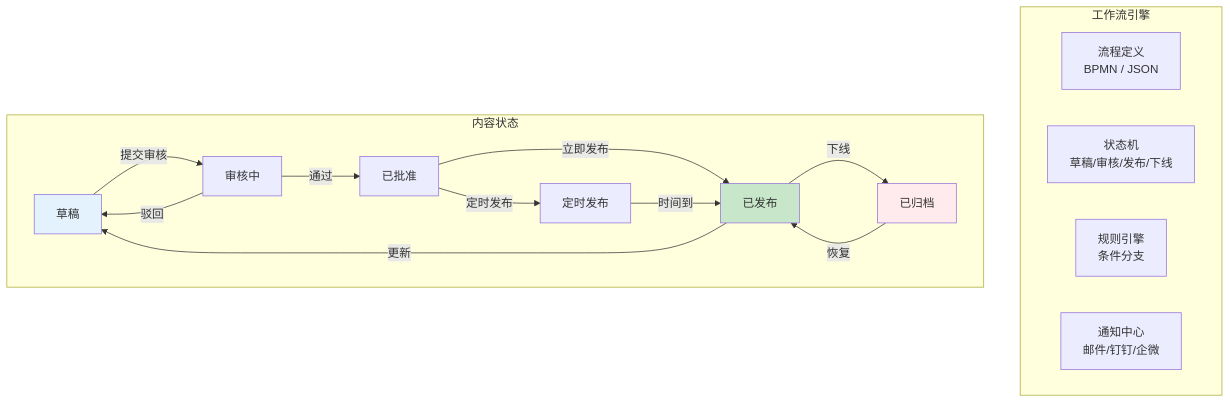
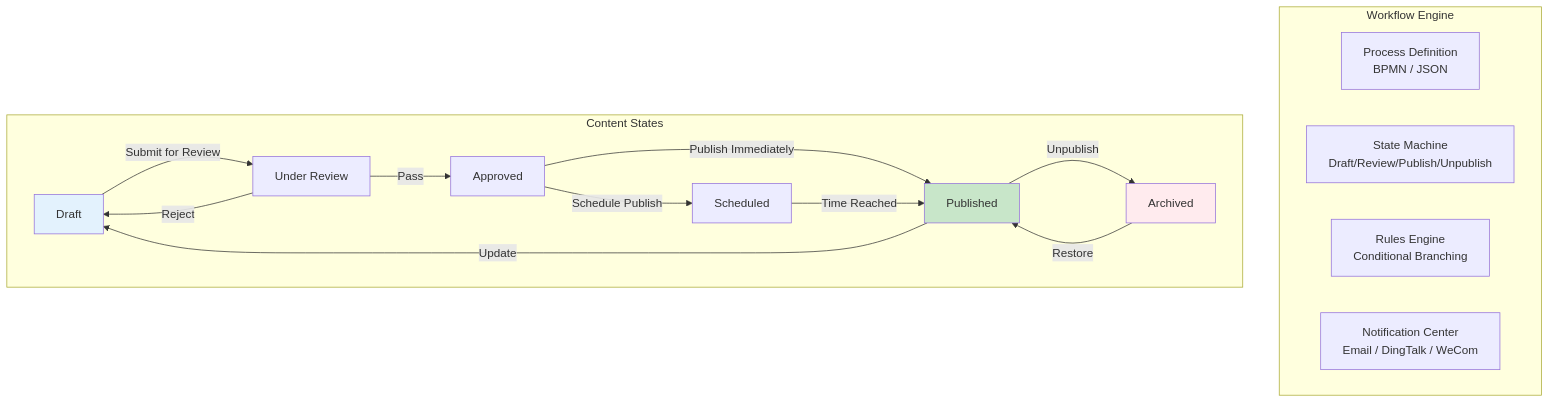
The eighth of 10 diagrams in tree/application/architecture/cms-architecture.md (teaglebuilt/knowledge-tree), drawn with Mermaid before and after one commit. The commit also changed other lines of this file and 8 other files, not shown here.

````diff
--- a/tree/application/architecture/cms-architecture.md
+++ b/tree/application/architecture/cms-architecture.md
@@ -490,32 +490,32 @@
 ```mermaid
 flowchart TB
-    subgraph WorkflowEngine["工作流引擎"]
-        DEFINE["流程定义<br/>BPMN / JSON"]
-        STATE["状态机<br/>草稿/审核/发布/下线"]
-        RULE["规则引擎<br/>条件分支"]
-        NOTIFY["通知中心<br/>邮件/钉钉/企微"]
+    subgraph WorkflowEngine["Workflow Engine"]
+        DEFINE["Process Definition<br/>BPMN / JSON"]
+        STATE["State Machine<br/>Draft/Review/Publish/Unpublish"]
+        RULE["Rules Engine<br/>Conditional Branching"]
+        NOTIFY["Notification Center<br/>Email / DingTalk / WeCom"]
     end
 
-    subgraph States["内容状态"]
-        DRAFT["草稿"]
-        REVIEW["审核中"]
-        APPROVED["已批准"]
-        PUBLISHED["已发布"]
-        SCHEDULED["定时发布"]
-        ARCHIVED["已归档"]
+    subgraph States["Content States"]
+        DRAFT["Draft"]
+        REVIEW["Under Review"]
+        APPROVED["Approved"]
+        PUBLISHED["Published"]
+        SCHEDULED["Scheduled"]
+        ARCHIVED["Archived"]
     end
 
-    DRAFT -->|提交审核| REVIEW
-    REVIEW -->|通过| APPROVED
-    REVIEW -->|驳回| DRAFT
-    APPROVED -->|立即发布| PUBLISHED
-    APPROVED -->|定时发布| SCHEDULED
-    SCHEDULED -->|时间到| PUBLISHED
-    PUBLISHED -->|更新| DRAFT
-    PUBLISHED -->|下线| ARCHIVED
-    ARCHIVED -->|恢复| PUBLISHED
+    DRAFT -->|Submit for Review| REVIEW
+    REVIEW -->|Pass| APPROVED
+    REVIEW -->|Reject| DRAFT
+    APPROVED -->|Publish Immediately| PUBLISHED
+    APPROVED -->|Schedule Publish| SCHEDULED
+    SCHEDULED -->|Time Reached| PUBLISHED
+    PUBLISHED -->|Update| DRAFT
+    PUBLISHED -->|Unpublish| ARCHIVED
+    ARCHIVED -->|Restore| PUBLISHED
 
     style DRAFT fill:#e3f2fd
     style PUBLISHED fill:#c8e6c9
     style ARCHIVED fill:#ffebee
 ```
````
